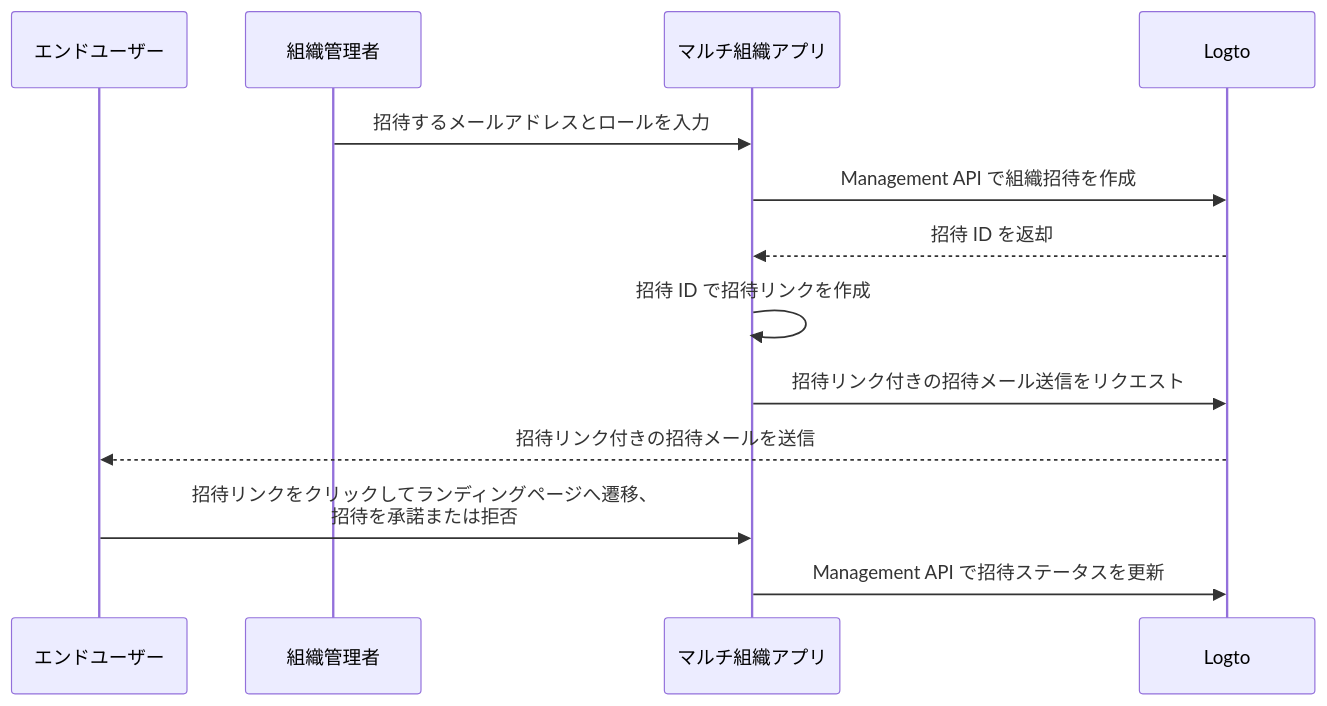
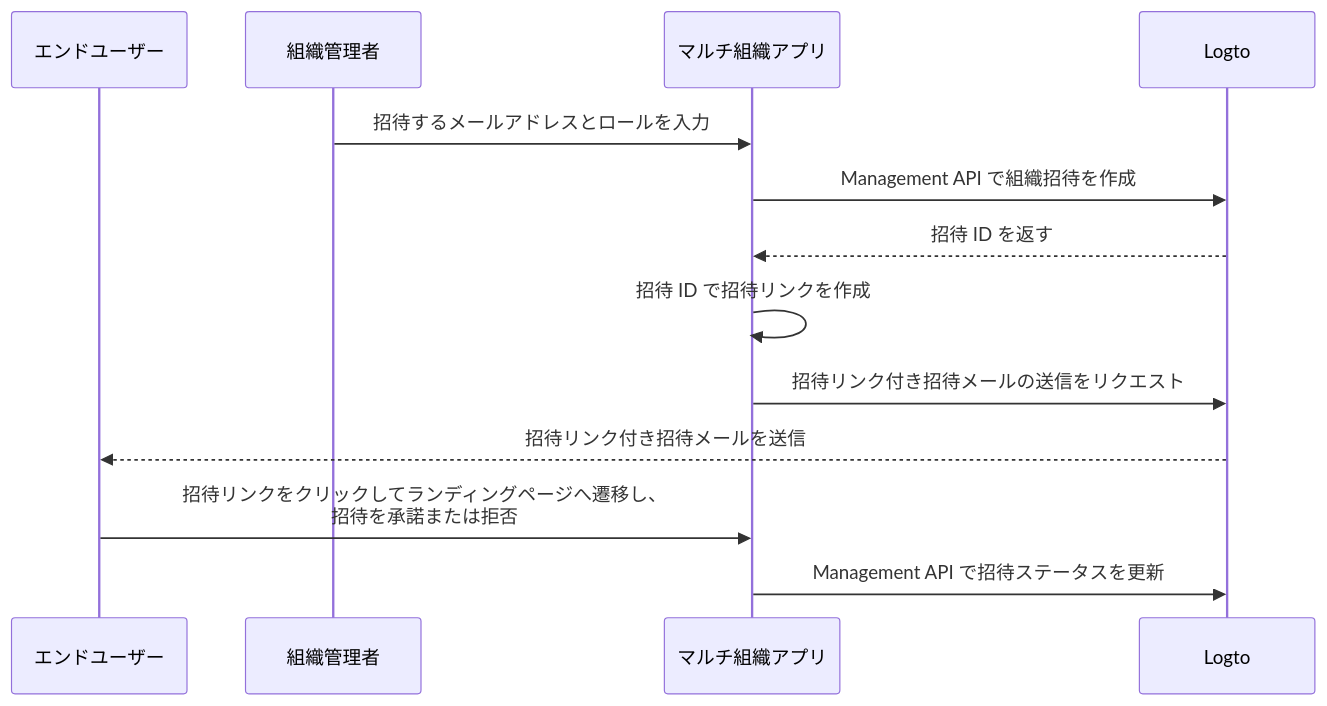
One commit to logto-io/docs changed the diagram in i18n/ja/docusaurus-plugin-content-docs/current/end-user-flows/organization-experience/invite-organization-members.mdx. Above: the diagram before and after it, drawn with Mermaid. The commit also changed other lines of this file and 35 other files, not shown here.

````diff
--- a/i18n/ja/docusaurus-plugin-content-docs/current/end-user-flows/organization-experience/invite-organization-members.mdx
+++ b/i18n/ja/docusaurus-plugin-content-docs/current/end-user-flows/organization-experience/invite-organization-members.mdx
@@ -13,16 +13,16 @@
 ```mermaid
 sequenceDiagram
 	Participant U as エンドユーザー
   Participant A as 組織管理者
   Participant C as マルチ組織アプリ
 	Participant L as Logto
 
   A ->> C: 招待するメールアドレスとロールを入力
   C ->> L: Management API で組織招待を作成
-  L -->> C: 招待 ID を返却
+  L -->> C: 招待 ID を返す
   C ->> C: 招待 ID で招待リンクを作成
-  C ->> L: 招待リンク付きの招待メール送信をリクエスト
-  L -->> U: 招待リンク付きの招待メールを送信
-  U ->> C: 招待リンクをクリックしてランディングページへ遷移、<br /> 招待を承諾または拒否
+  C ->> L: 招待リンク付き招待メールの送信をリクエスト
+  L -->> U: 招待リンク付き招待メールを送信
+  U ->> C: 招待リンクをクリックしてランディングページへ遷移し、<br /> 招待を承諾または拒否
   C ->> L: Management API で招待ステータスを更新
 ```
````
